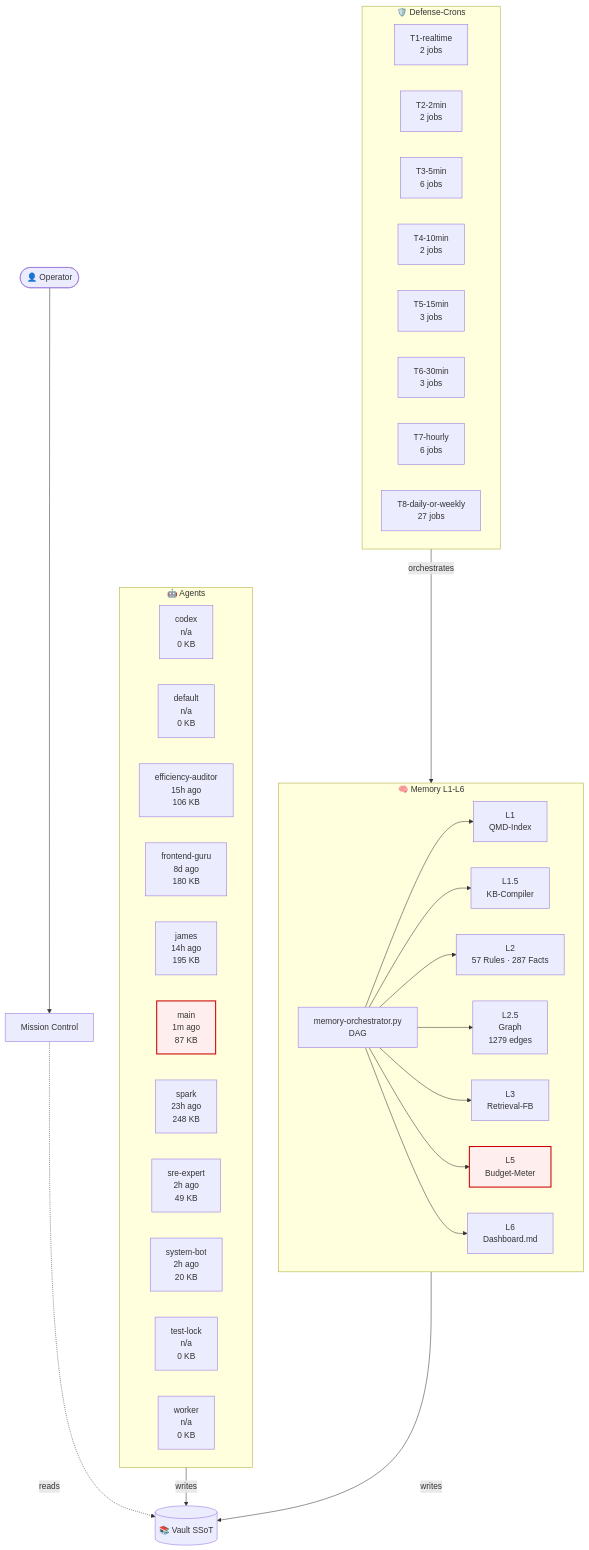
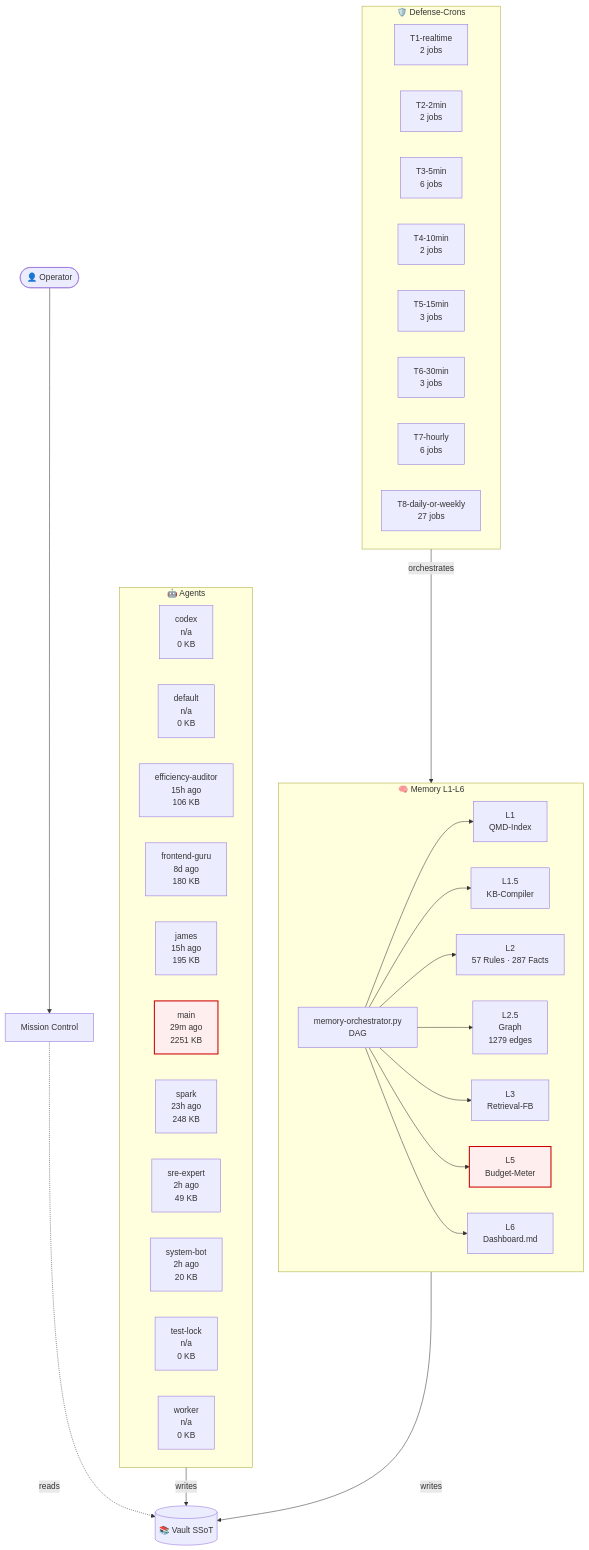
The diagram in 03-Agents/architecture-live.md (lenardhuebner88-rgb/openclaw-memory), drawn with Mermaid before and after one commit. The commit also changed other lines of this file and 1 other file, not shown here.

````diff
--- a/03-Agents/architecture-live.md
+++ b/03-Agents/architecture-live.md
@@ -18,54 +18,54 @@
 ```mermaid
 flowchart TB
     classDef critical fill:#fee,stroke:#c00,stroke-width:2px;
     subgraph AGT["🤖 Agents"]
         agent_codex["codex<br/>n/a<br/>0 KB"]
         agent_default["default<br/>n/a<br/>0 KB"]
         agent_efficiency_auditor["efficiency-auditor<br/>15h ago<br/>106 KB"]
         agent_frontend_guru["frontend-guru<br/>8d ago<br/>180 KB"]
-        agent_james["james<br/>14h ago<br/>195 KB"]
-        agent_main["main<br/>1m ago<br/>87 KB"]
+        agent_james["james<br/>15h ago<br/>195 KB"]
+        agent_main["main<br/>29m ago<br/>2251 KB"]
         agent_spark["spark<br/>23h ago<br/>248 KB"]
         agent_sre_expert["sre-expert<br/>2h ago<br/>49 KB"]
         agent_system_bot["system-bot<br/>2h ago<br/>20 KB"]
         agent_test_lock["test-lock<br/>n/a<br/>0 KB"]
         agent_worker["worker<br/>n/a<br/>0 KB"]
     end
     subgraph MEM["🧠 Memory L1-L6"]
         L1["L1<br/>QMD-Index"]
         L15["L1.5<br/>KB-Compiler"]
         L2["L2<br/>57 Rules · 287 Facts"]
         L25["L2.5<br/>Graph<br/>1279 edges"]
         L3["L3<br/>Retrieval-FB"]
         L5["L5<br/>Budget-Meter"]
         L6["L6<br/>Dashboard.md"]
         ORCH["memory-orchestrator.py<br/>DAG"]
     end
     subgraph CRN["🛡️ Defense-Crons"]
         tier_T1_realtime["T1-realtime<br/>2 jobs"]
         tier_T2_2min["T2-2min<br/>2 jobs"]
         tier_T3_5min["T3-5min<br/>6 jobs"]
         tier_T4_10min["T4-10min<br/>2 jobs"]
         tier_T5_15min["T5-15min<br/>3 jobs"]
         tier_T6_30min["T6-30min<br/>3 jobs"]
         tier_T7_hourly["T7-hourly<br/>6 jobs"]
         tier_T8_daily_or_weekly["T8-daily-or-weekly<br/>27 jobs"]
     end
     VAULT[("📚 Vault SSoT")]
     OP([👤 Operator])
     MC["Mission Control"]
     OP --> MC
     MC -.reads.-> VAULT
     AGT -->|writes| VAULT
     MEM -->|writes| VAULT
     ORCH --> L1
     ORCH --> L15
     ORCH --> L2
     ORCH --> L25
     ORCH --> L3
     ORCH --> L5
     ORCH --> L6
     CRN -->|orchestrates| MEM
     class L5 critical
     class agent_main critical
 ```
````
